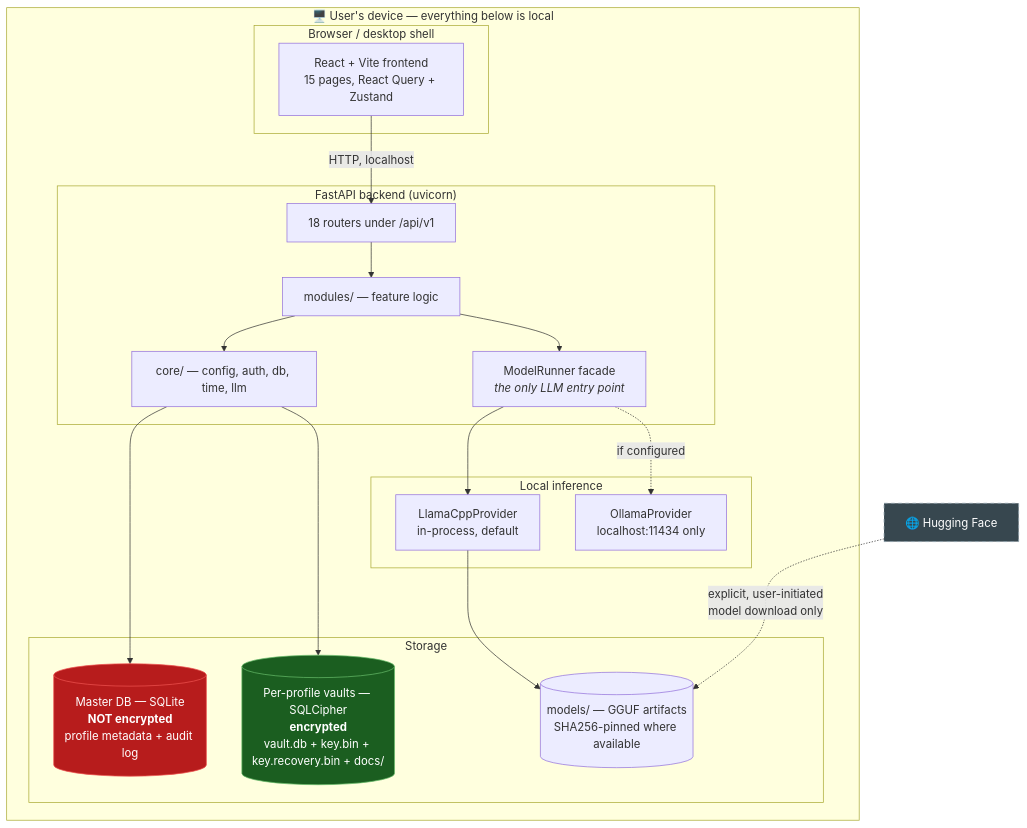
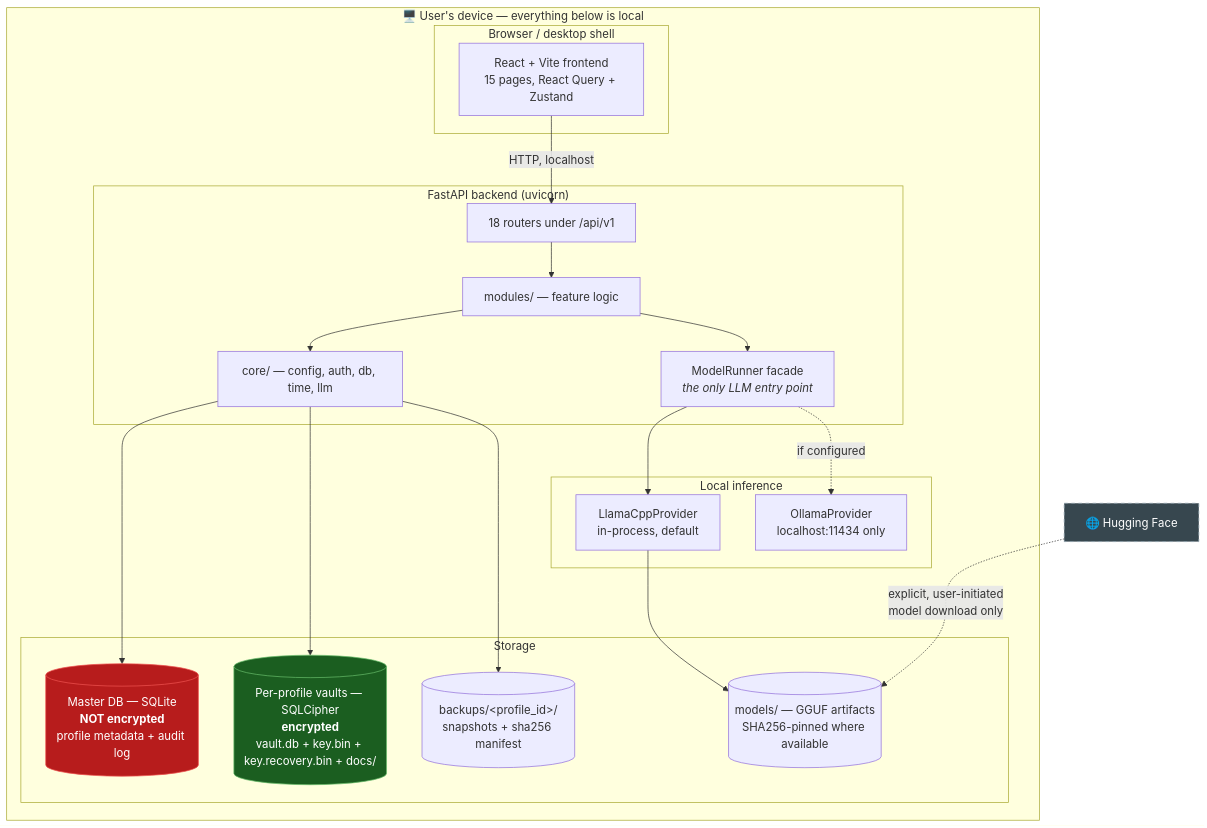
Before and after one commit to BrooklynD23/HealthCentral: the first of 2 diagrams in docs/architecture/README.md, drawn with Mermaid. The commit also changed other lines of this file and 2 other files, not shown here.

First line of the commit message:
docs: close the remaining backlog rows and refresh the diagrams

````diff
--- a/docs/architecture/README.md
+++ b/docs/architecture/README.md
@@ -39,45 +39,47 @@
 ```mermaid
 graph TB
     subgraph device["🖥️ User's device — everything below is local"]
         subgraph browser["Browser / desktop shell"]
             UI["React + Vite frontend<br/>15 pages, React Query + Zustand"]
         end
 
         subgraph backend["FastAPI backend (uvicorn)"]
             API["18 routers under /api/v1"]
             MOD["modules/ — feature logic"]
             CORE["core/ — config, auth, db, time, llm"]
             MR["ModelRunner facade<br/><i>the only LLM entry point</i>"]
         end
 
         subgraph storage["Storage"]
             MASTER[("Master DB — SQLite<br/><b>NOT encrypted</b><br/>profile metadata + audit log")]
             VAULT[("Per-profile vaults — SQLCipher<br/><b>encrypted</b><br/>vault.db + key.bin + key.recovery.bin + docs/")]
+            BACKUPS[("backups/&lt;profile_id&gt;/<br/>snapshots + sha256 manifest")]
             MODELS[("models/ — GGUF artifacts<br/>SHA256-pinned where available")]
         end
 
         subgraph llm["Local inference"]
             LCPP["LlamaCppProvider<br/>in-process, default"]
             OLLAMA["OllamaProvider<br/>localhost:11434 only"]
         end
     end
 
     HF["🌐 Hugging Face"]
 
     UI -->|"HTTP, localhost"| API
     API --> MOD --> CORE
     MOD --> MR
     MR --> LCPP
     MR -.->|"if configured"| OLLAMA
     LCPP --> MODELS
     CORE --> MASTER
     CORE --> VAULT
+    CORE --> BACKUPS
     HF -.->|"explicit, user-initiated<br/>model download only"| MODELS
 
     classDef encrypted fill:#1b5e20,stroke:#66bb6a,color:#fff
     classDef plain fill:#b71c1c,stroke:#ef5350,color:#fff
     classDef external fill:#37474f,stroke:#90a4ae,color:#fff,stroke-dasharray: 5 5
     class VAULT encrypted
     class MASTER plain
     class HF external
 ```
````
